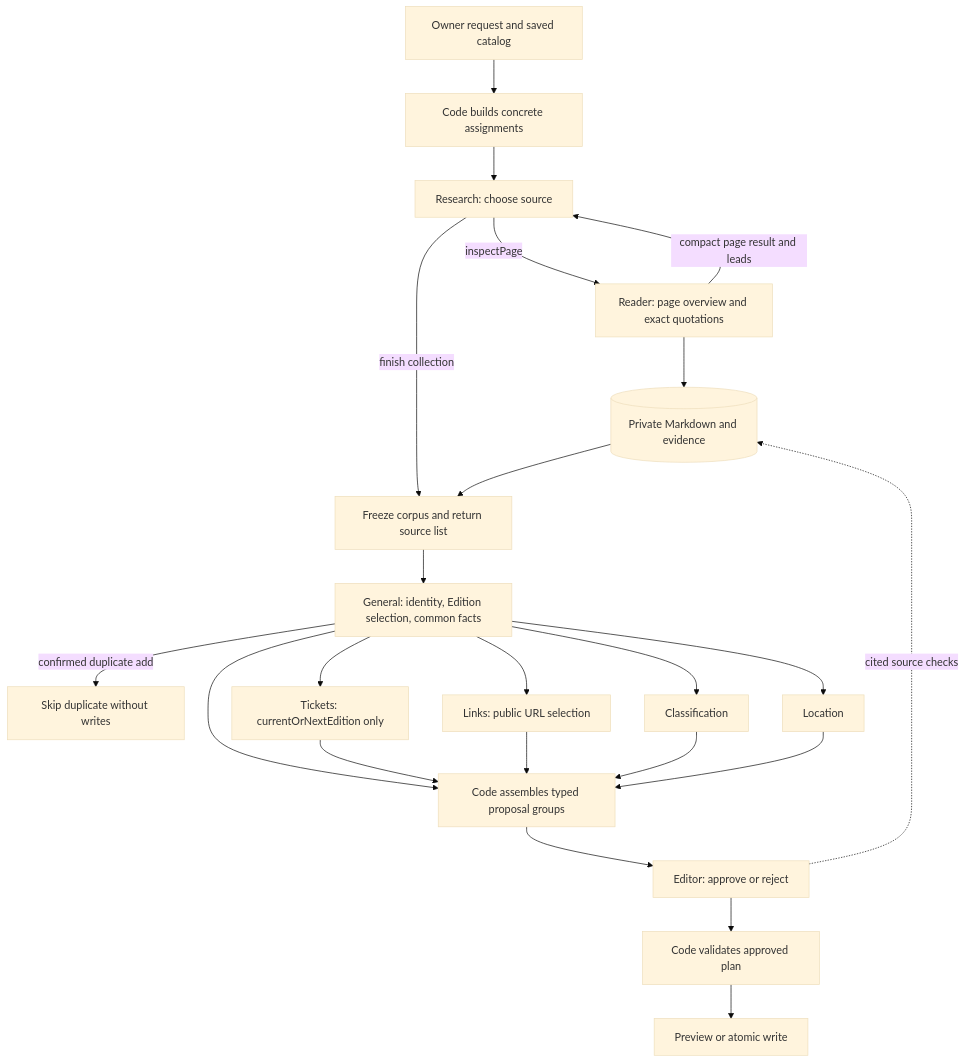
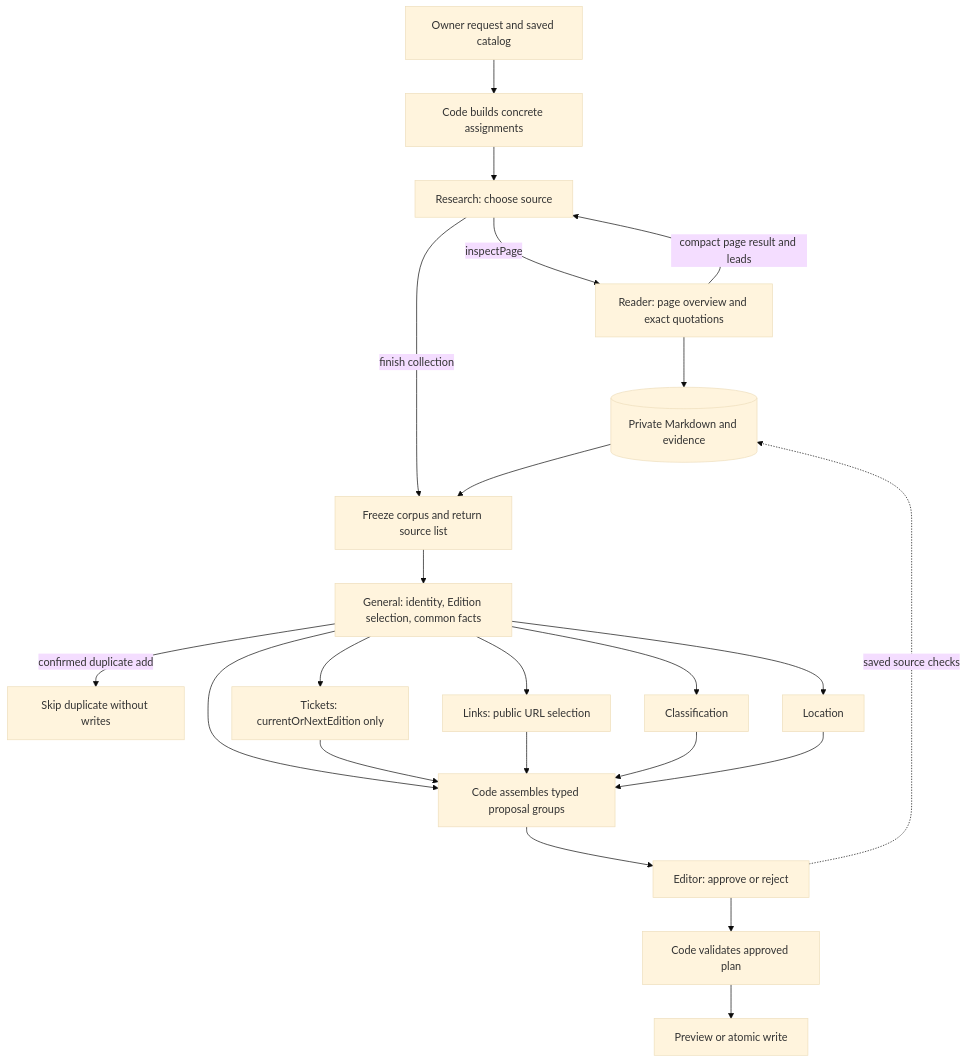
The diagram in openspec/changes/source-evidence-ingestion/design.md (alex-karo/eventroam), drawn with Mermaid (base theme) before and after one commit. The commit also changed other lines of this file and 33 other files, not shown here.

````diff
--- a/openspec/changes/source-evidence-ingestion/design.md
+++ b/openspec/changes/source-evidence-ingestion/design.md
@@ -23,25 +23,25 @@
 ```mermaid
 flowchart TD
     Input[Owner request and saved catalog] --> Assignment[Code builds concrete assignments]
     Assignment --> Research[Research: choose source]
     Research -->|inspectPage| Reader[Reader: page overview and exact quotations]
     Reader -->|compact page result and leads| Research
     Reader --> Corpus[(Private Markdown and evidence)]
     Research -->|finish collection| Freeze[Freeze corpus and return source list]
     Corpus --> Freeze
     Freeze --> General[General: identity, Edition selection, common facts]
     General -->|confirmed duplicate add| Skip[Skip duplicate without writes]
     General --> Tickets[Tickets: currentOrNextEdition only]
     General --> Classification[Classification]
     General --> Location[Location]
     General --> Links[Links: public URL selection]
     General --> Assemble[Code assembles typed proposal groups]
     Tickets --> Assemble
     Links --> Assemble
     Classification --> Assemble
     Location --> Assemble
     Assemble --> Editor[Editor: approve or reject]
-    Editor -. cited source checks .-> Corpus
+    Editor -. saved source checks .-> Corpus
     Editor --> Validate[Code validates approved plan]
     Validate --> Write[Preview or atomic write]
 ```
````
